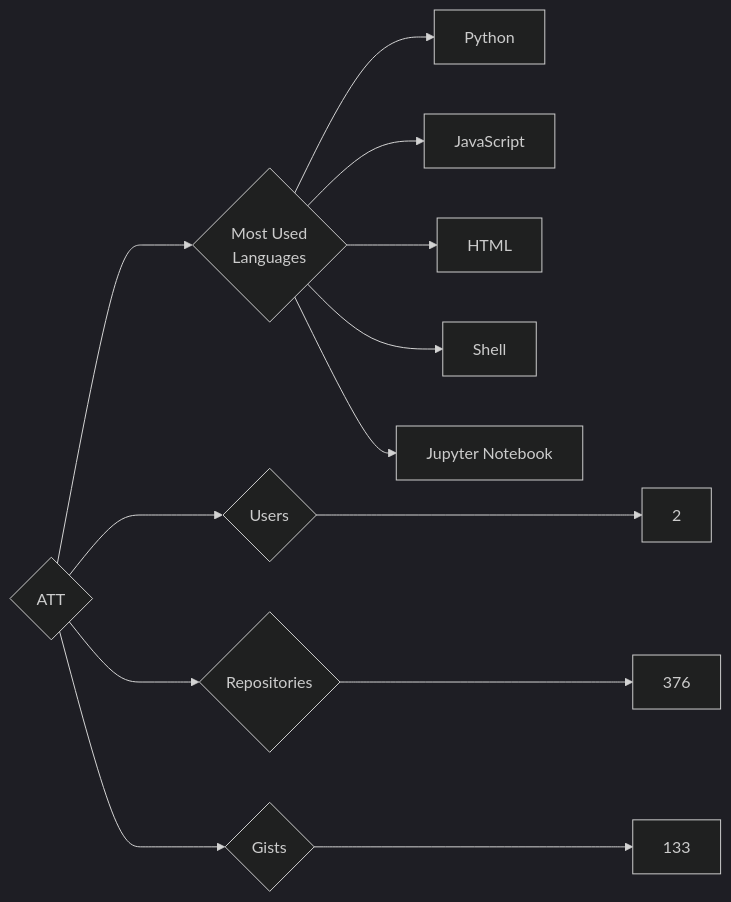
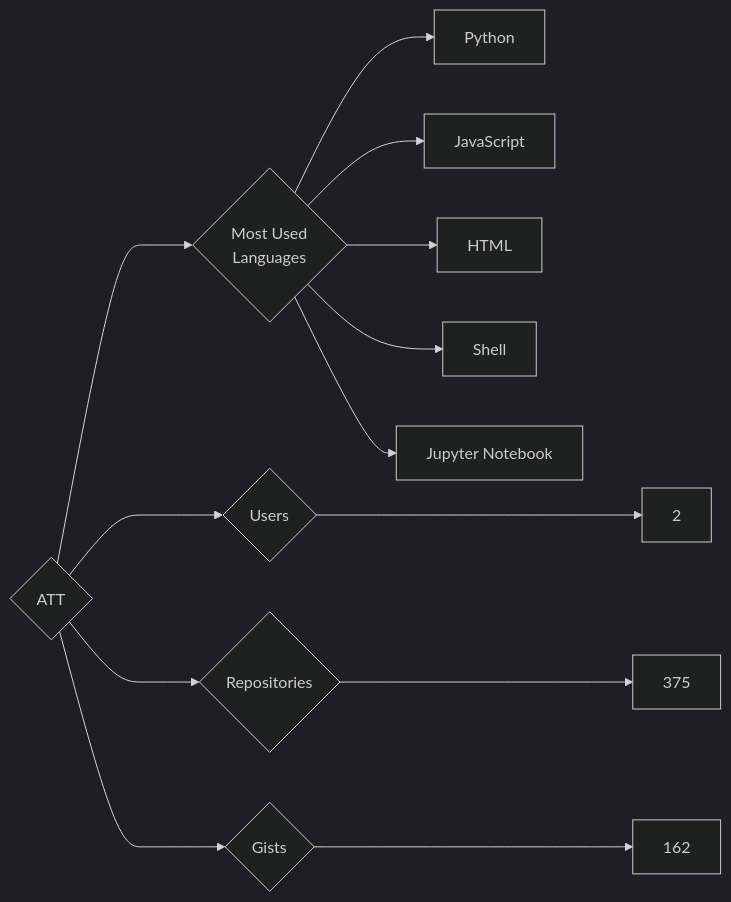
One commit to trickest/insiders changed the diagram in targets/ATT/README.md. Above: the diagram before and after it, drawn with Mermaid (dark theme). The commit also changed 1023 other files, not shown here.

````diff
--- a/targets/ATT/README.md
+++ b/targets/ATT/README.md
@@ -3,13 +3,13 @@
 ```mermaid
 graph LR
 COMPANY_NAME{ATT}
 COMPANY_NAME ---> U{Users} ---> UN[2]
-COMPANY_NAME ---> R{Repositories} ---> RN[376]
-COMPANY_NAME ---> G{Gists} ---> GN[133]
+COMPANY_NAME ---> R{Repositories} ---> RN[375]
+COMPANY_NAME ---> G{Gists} ---> GN[162]
 COMPANY_NAME ---> ML{Most Used<br>Languages}
 ML --> Python[Python]
 ML --> JavaScript[JavaScript]
 ML --> HTML[HTML]
 ML --> Shell[Shell]
 ML --> Jupyter_Notebook[Jupyter Notebook]
 ```
````
